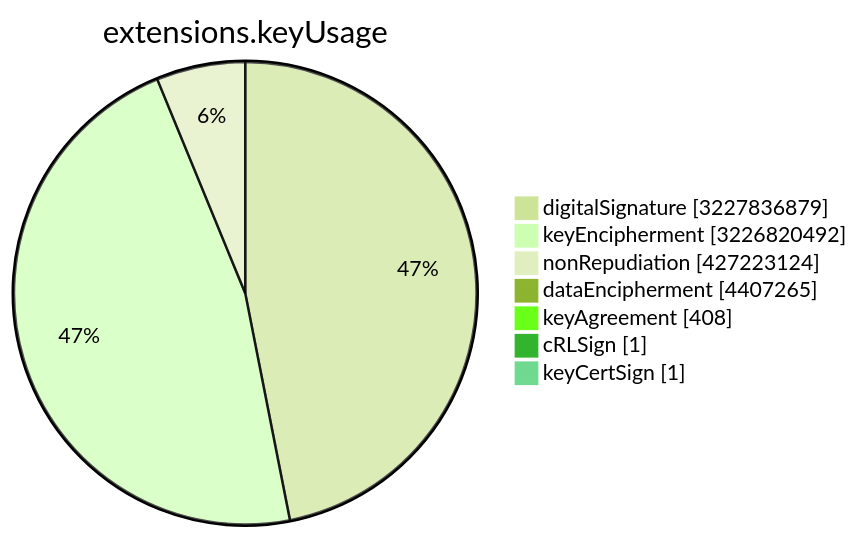
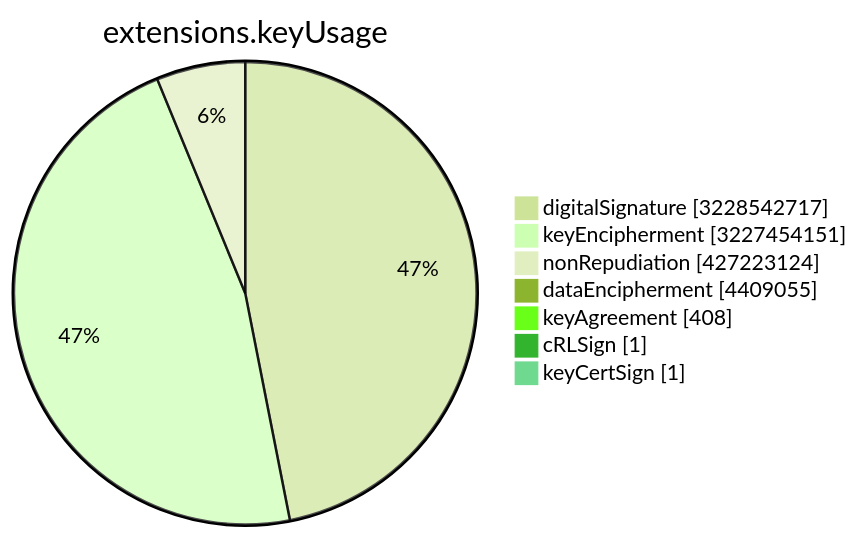
One commit to christiankrug/ctmonitor_visualization changed the sixth of 15 diagrams in TOTAL/README.md. Above: the diagram before and after it, drawn with Mermaid (forest theme). The commit also changed other lines of this file, not shown here.

````diff
--- a/TOTAL/README.md
+++ b/TOTAL/README.md
@@ -3077,11 +3077,11 @@
 ```mermaid
 pie showData
 title extensions.keyUsage
-"digitalSignature" :3227836879
-"keyEncipherment" :3226820492
+"digitalSignature" :3228542717
+"keyEncipherment" :3227454151
 "nonRepudiation" :427223124
-"dataEncipherment" :4407265
+"dataEncipherment" :4409055
 "keyAgreement" :408
 "cRLSign" :1
 "keyCertSign" :1
 ```
````
